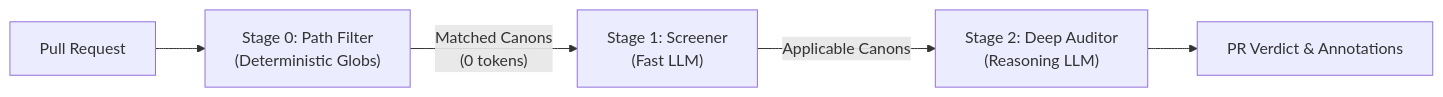
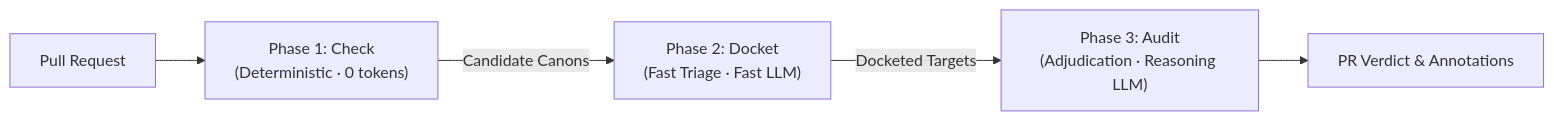
Before and after one commit to PAIR-code/canon-clerk: the diagram in docs/architecture.md, drawn with Mermaid. The commit also changed other lines of this file and 27 other files, not shown here.

First line of the commit message:
feat(cli)!: harmonize three-phase evaluation and rename lint to check-canons (#171) (#173)

````diff
--- a/docs/architecture.md
+++ b/docs/architecture.md
@@ -13,7 +13,7 @@
 ```mermaid
 flowchart LR
-    PR[Pull Request] --> S0["Stage 0: Path Filter<br/>(Deterministic Globs)"]
-    S0 -- "Matched Canons<br/>(0 tokens)" --> S1["Stage 1: Screener<br/>(Fast LLM)"]
-    S1 -- "Applicable Canons" --> S2["Stage 2: Deep Auditor<br/>(Reasoning LLM)"]
-    S2 --> Verdict[PR Verdict & Annotations]
+    PR[Pull Request] --> P1["Phase 1: Check<br/>(Deterministic · 0 tokens)"]
+    P1 -- "Candidate Canons" --> P2["Phase 2: Docket<br/>(Fast Triage · Fast LLM)"]
+    P2 -- "Docketed Targets" --> P3["Phase 3: Audit<br/>(Adjudication · Reasoning LLM)"]
+    P3 --> Verdict[PR Verdict & Annotations]
 ```
````
